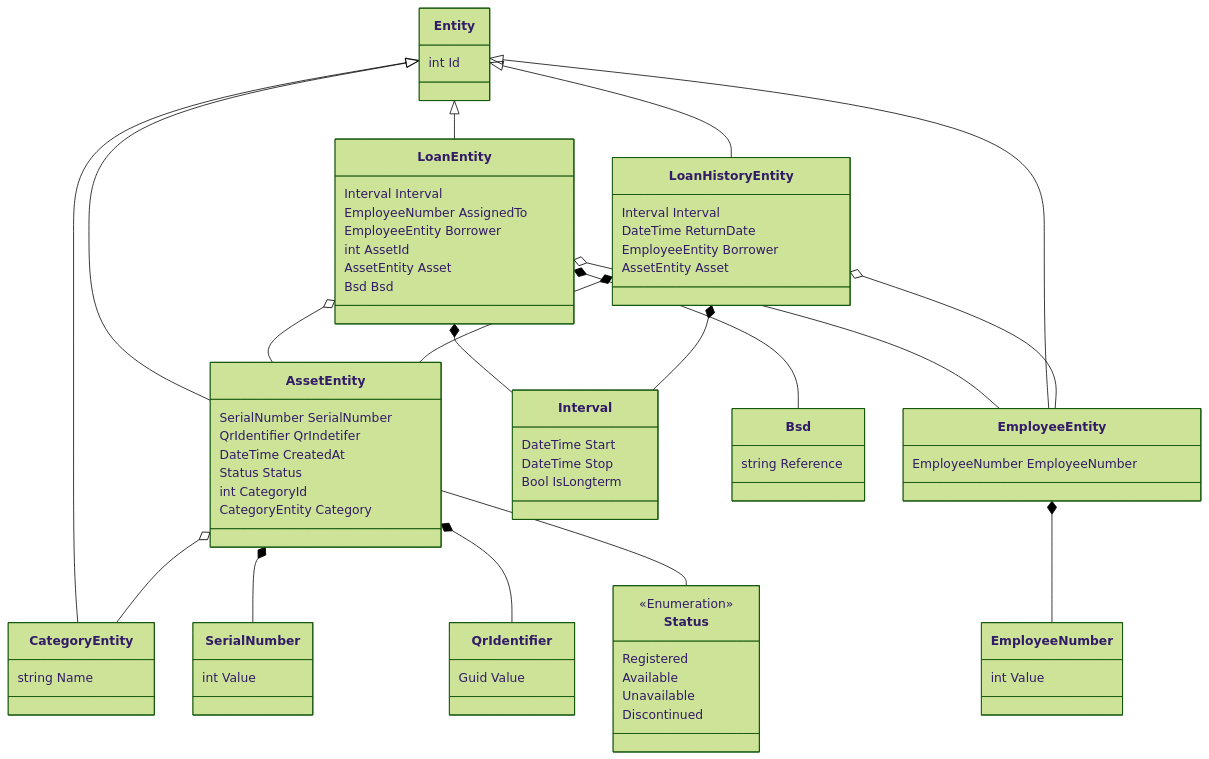
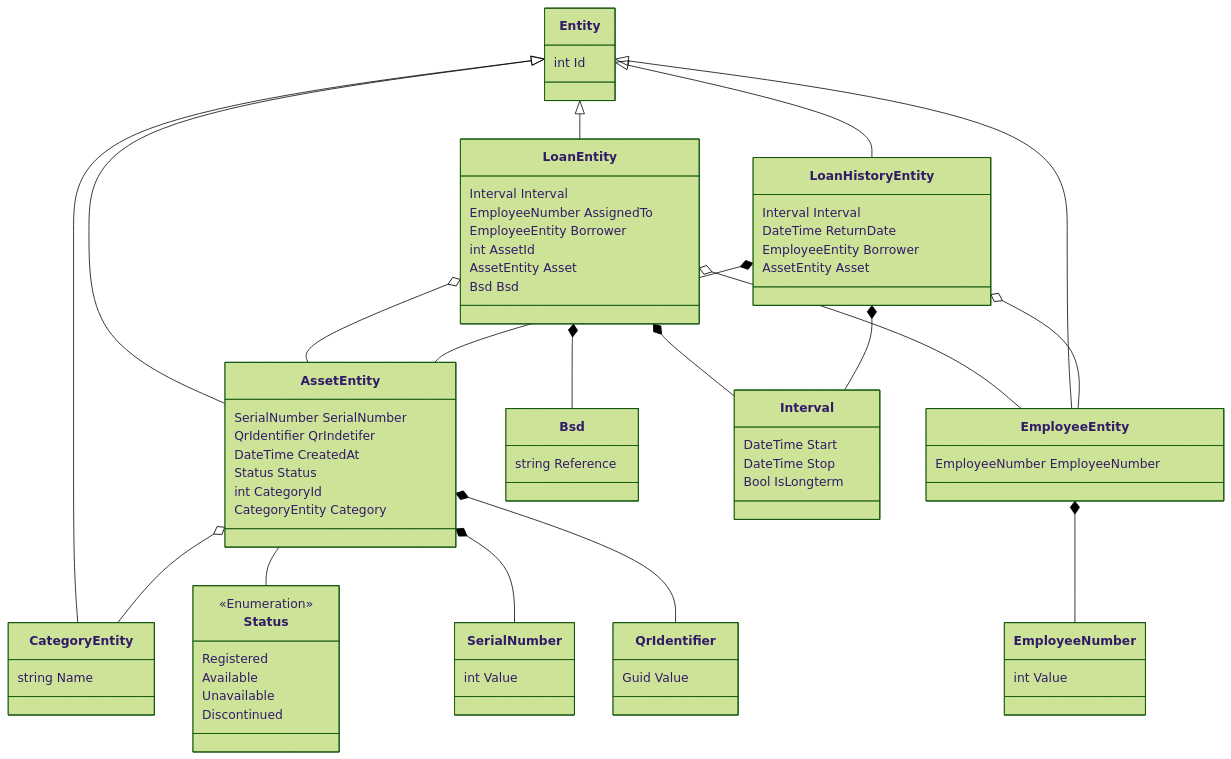
The diagram in docs/class-diagrams.md (livun/bouvet-asset-hub), drawn with Mermaid (forest theme) before and after one commit. The commit also changed 6 other files, not shown here.

```diff
--- a/docs/class-diagrams.md
+++ b/docs/class-diagrams.md
@@ -7,13 +7,14 @@
     Entity  <|-- LoanEntity
     Entity  <|-- EmployeeEntity
     Entity  <|-- LoanHistoryEntity
+    AssetEntity -- Status
+
     AssetEntity *-- SerialNumber
     AssetEntity *-- QrIdentifier
-    AssetEntity -- Status
     AssetEntity o-- CategoryEntity
+    LoanEntity *-- Bsd
     LoanEntity o-- AssetEntity
     LoanEntity *-- Interval
-    LoanEntity *-- Bsd
     EmployeeEntity *-- EmployeeNumber
     LoanHistoryEntity *-- Interval 
     LoanHistoryEntity o-- EmployeeEntity 
```
